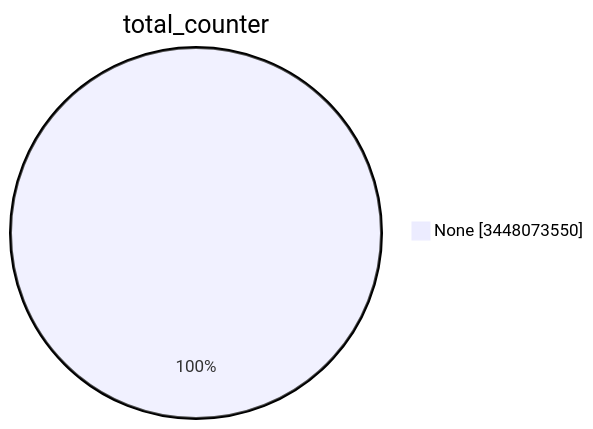
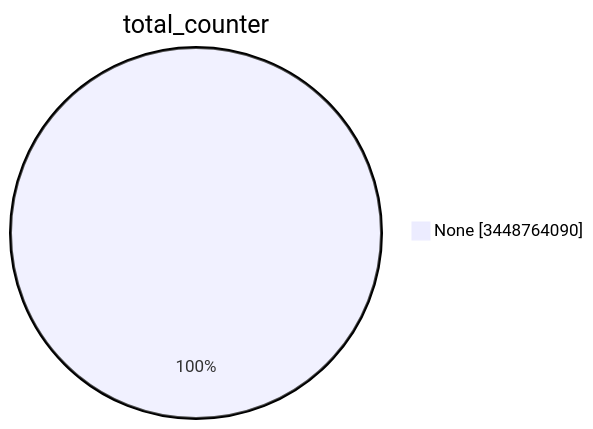
The first of 15 diagrams in TOTAL/README.md (christiankrug/ctmonitor_visualization), drawn with Mermaid before and after one commit. The commit also changed other lines of this file, not shown here.

````diff
--- a/TOTAL/README.md
+++ b/TOTAL/README.md
@@ -1,5 +1,5 @@
 ```mermaid
 pie showData
 title total_counter
-"None" :3448073550
+"None" :3448764090
 ```
````
